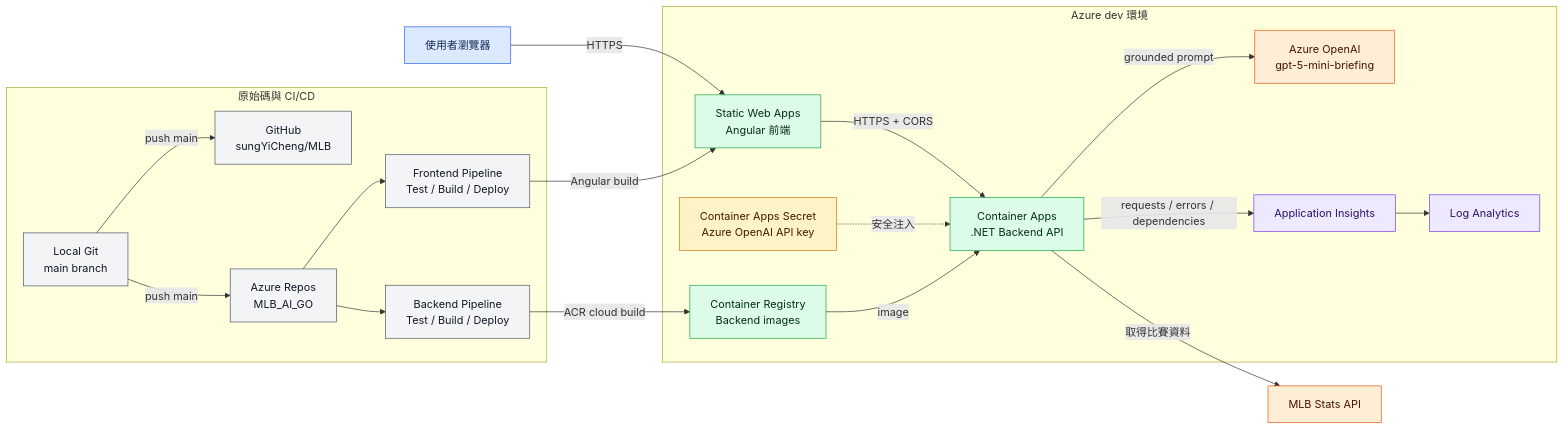
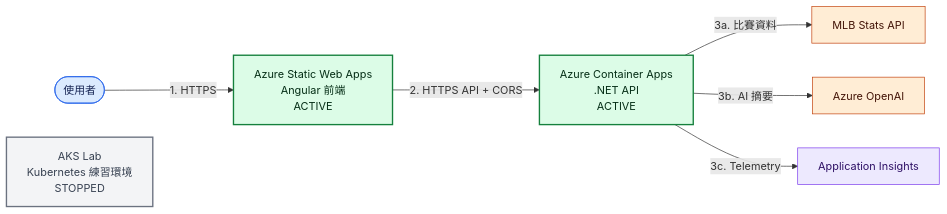
One commit to sungYiCheng/MLB changed the first of 5 diagrams in docs/current-architecture.md. Above: the diagram before and after it, drawn with Mermaid. The commit also changed other lines of this file and 1 other file, not shown here.

Commit message:
Clarify architecture diagrams and boundaries

````diff
--- a/docs/current-architecture.md
+++ b/docs/current-architecture.md
@@ -7,54 +23,28 @@
 ```mermaid
 flowchart LR
-    User[使用者瀏覽器]
+    User([使用者])
+    SWA[Azure Static Web Apps<br/>Angular 前端<br/>ACTIVE]
+    CA[Azure Container Apps<br/>.NET API<br/>ACTIVE]
+    MLB[MLB Stats API]
+    AOAI[Azure OpenAI]
+    Monitor[Application Insights]
+    AKS[AKS Lab<br/>Kubernetes 練習環境<br/>STOPPED]
 
-    subgraph Source[原始碼與 CI/CD]
-        LocalGit[Local Git<br/>main branch]
-        GitHub[GitHub<br/>sungYiCheng/MLB]
-        AzureRepos[Azure Repos<br/>MLB_AI_GO]
-        BackendPipeline[Backend Pipeline<br/>Test / Build / Deploy]
-        FrontendPipeline[Frontend Pipeline<br/>Test / Build / Deploy]
-    end
+    User -->|1. HTTPS| SWA
+    SWA -->|2. HTTPS API + CORS| CA
+    CA -->|3a. 比賽資料| MLB
+    CA -->|3b. AI 摘要| AOAI
+    CA -->|3c. Telemetry| Monitor
 
-    subgraph AzureDev[Azure dev 環境]
-        SWA[Static Web Apps<br/>Angular 前端]
-        CA[Container Apps<br/>.NET Backend API]
-        ACR[Container Registry<br/>Backend images]
-        AOAI[Azure OpenAI<br/>gpt-5-mini-briefing]
-        AppInsights[Application Insights]
-        Logs[Log Analytics]
-        Secret[Container Apps Secret<br/>Azure OpenAI API key]
-    end
+    classDef actor fill:#dbeafe,stroke:#2563eb,color:#172554
+    classDef active fill:#dcfce7,stroke:#15803d,color:#052e16,stroke-width:2px
+    classDef external fill:#ffedd5,stroke:#c2410c,color:#431407
+    classDef observe fill:#ede9fe,stroke:#7c3aed,color:#2e1065
+    classDef stopped fill:#f3f4f6,stroke:#6b7280,color:#374151,stroke-width:2px
 
-    MLB[MLB Stats API]
-
-    User -->|HTTPS| SWA
-    SWA -->|HTTPS + CORS| CA
-    CA -->|取得比賽資料| MLB
-    CA -->|grounded prompt| AOAI
-    Secret -.安全注入.-> CA
-    CA -->|requests / errors / dependencies| AppInsights
-    AppInsights --> Logs
-
-    LocalGit -->|push main| GitHub
-    LocalGit -->|push main| AzureRepos
-    AzureRepos --> BackendPipeline
-    AzureRepos --> FrontendPipeline
-    BackendPipeline -->|ACR cloud build| ACR
-    ACR -->|image| CA
-    FrontendPipeline -->|Angular build| SWA
-
-    classDef person fill:#dbeafe,stroke:#2563eb,color:#172554
-    classDef source fill:#f3f4f6,stroke:#4b5563,color:#111827
-    classDef compute fill:#dcfce7,stroke:#16a34a,color:#052e16
-    classDef data fill:#ffedd5,stroke:#ea580c,color:#431407
-    classDef observe fill:#ede9fe,stroke:#7c3aed,color:#2e1065
-    classDef secret fill:#fef3c7,stroke:#d97706,color:#451a03
-
-    class User person
-    class LocalGit,GitHub,AzureRepos,BackendPipeline,FrontendPipeline source
-    class SWA,CA,ACR compute
-    class MLB,AOAI data
-    class AppInsights,Logs observe
-    class Secret secret
+    class User actor
+    class SWA,CA active
+    class MLB,AOAI external
+    class Monitor observe
+    class AKS stopped
 ```
````
